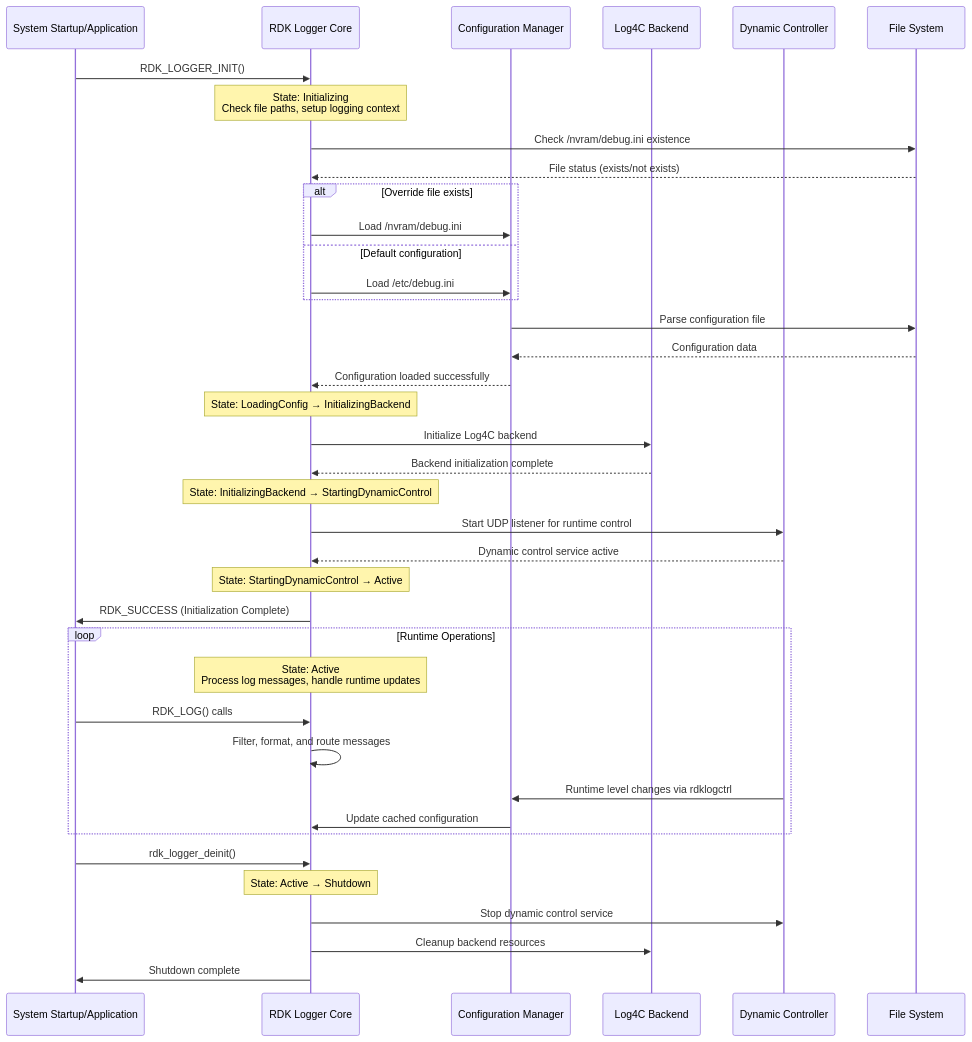
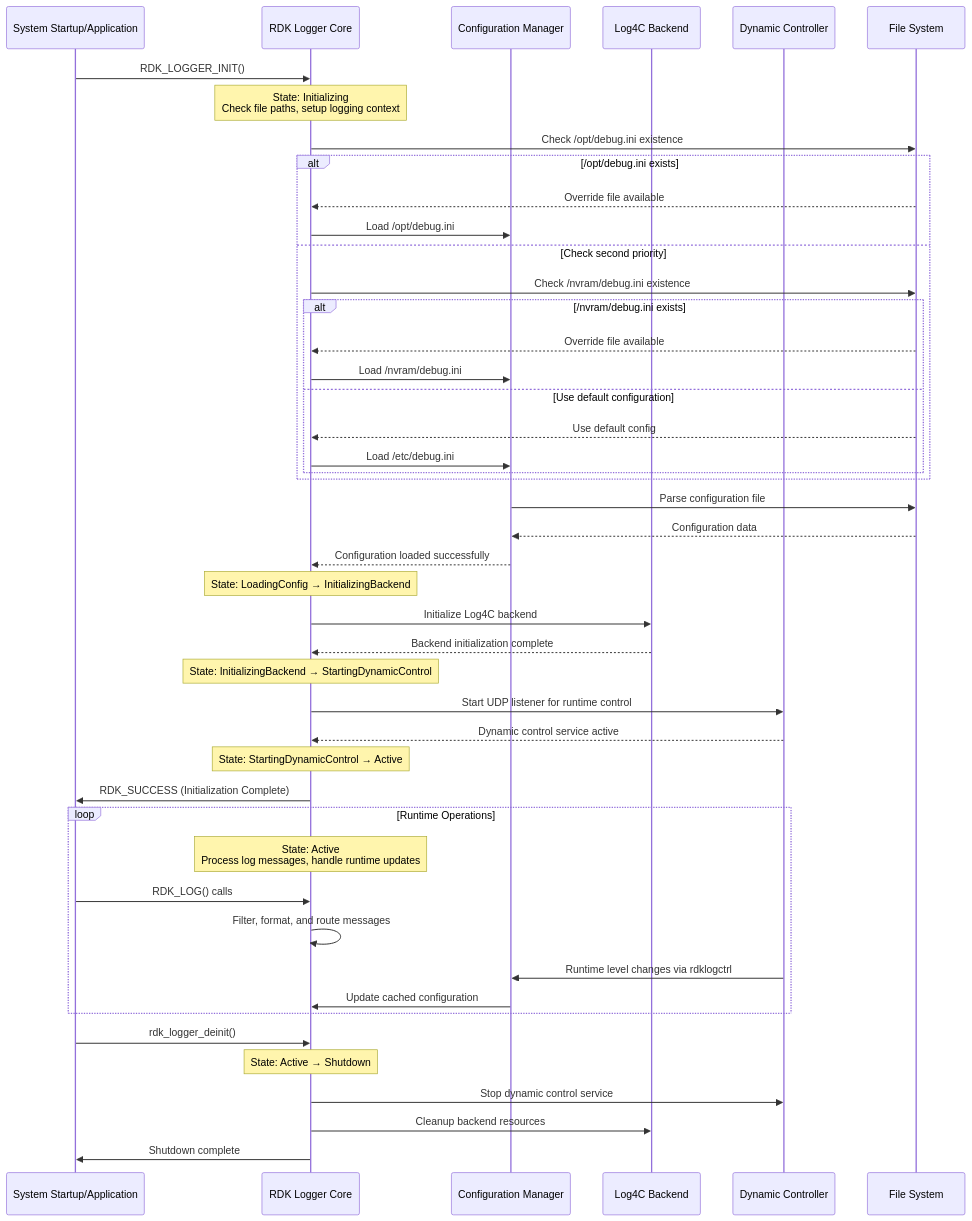
Before and after one commit to rdkcentral/rdk_logger: the third of 9 diagrams in docs/README.md, drawn with Mermaid. The commit also changed other lines of this file, not shown here.

````diff
--- a/docs/README.md
+++ b/docs/README.md
@@ -210,51 +212,58 @@
 ```mermaid
 sequenceDiagram
     participant System as System Startup/Application
     participant Logger as RDK Logger Core
     participant Config as Configuration Manager
     participant Log4C as Log4C Backend
     participant DynCtrl as Dynamic Controller
     participant FileSystem as File System
 
     System->>Logger: RDK_LOGGER_INIT()
     Note over Logger: State: Initializing<br/>Check file paths, setup logging context
     
-    Logger->>FileSystem: Check /nvram/debug.ini existence
-    FileSystem-->>Logger: File status (exists/not exists)
+    Logger->>FileSystem: Check /opt/debug.ini existence
     
-    alt Override file exists
-        Logger->>Config: Load /nvram/debug.ini
-    else Default configuration
-        Logger->>Config: Load /etc/debug.ini
+    alt /opt/debug.ini exists
+        FileSystem-->>Logger: Override file available
+        Logger->>Config: Load /opt/debug.ini
+    else Check second priority
+        Logger->>FileSystem: Check /nvram/debug.ini existence
+        alt /nvram/debug.ini exists
+            FileSystem-->>Logger: Override file available
+            Logger->>Config: Load /nvram/debug.ini
+        else Use default configuration
+            FileSystem-->>Logger: Use default config
+            Logger->>Config: Load /etc/debug.ini
+        end
     end
     
     Config->>FileSystem: Parse configuration file
     FileSystem-->>Config: Configuration data
     Config-->>Logger: Configuration loaded successfully
     Note over Logger: State: LoadingConfig → InitializingBackend
     
     Logger->>Log4C: Initialize Log4C backend
     Log4C-->>Logger: Backend initialization complete
     Note over Logger: State: InitializingBackend → StartingDynamicControl
     
     Logger->>DynCtrl: Start UDP listener for runtime control
     DynCtrl-->>Logger: Dynamic control service active
     Note over Logger: State: StartingDynamicControl → Active
     
     Logger->>System: RDK_SUCCESS (Initialization Complete)
     
     loop Runtime Operations
         Note over Logger: State: Active<br/>Process log messages, handle runtime updates
         System->>Logger: RDK_LOG() calls
         Logger->>Logger: Filter, format, and route messages
         
         DynCtrl->>Config: Runtime level changes via rdklogctrl
         Config->>Logger: Update cached configuration
     end
     
     System->>Logger: rdk_logger_deinit()
     Note over Logger: State: Active → Shutdown
     Logger->>DynCtrl: Stop dynamic control service
     Logger->>Log4C: Cleanup backend resources
     Logger->>System: Shutdown complete
 ```
````
